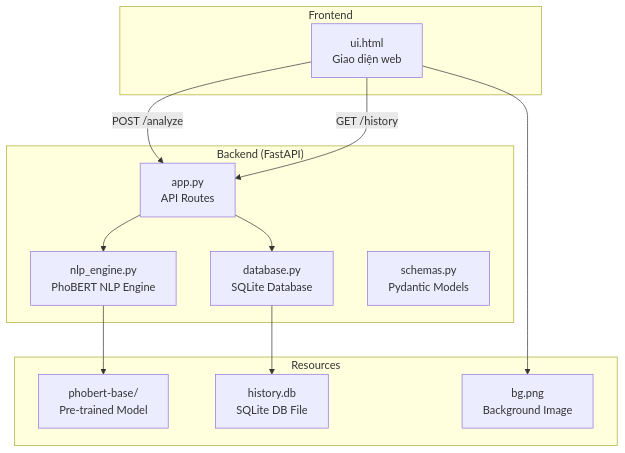
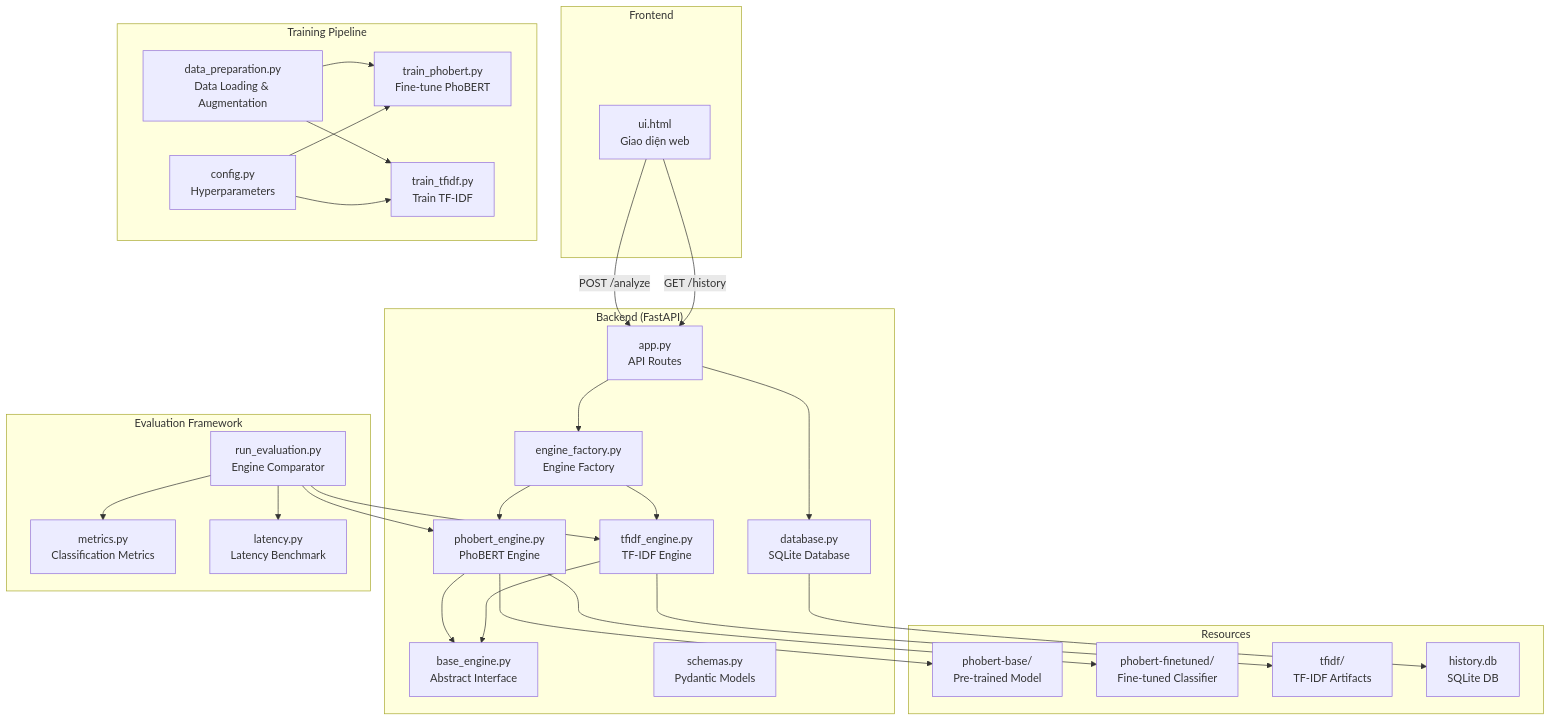
One commit to quynb5/NLP_Equipment_Fault_Analysis_System changed the first of 4 diagrams in PROJECT_OVERVIEW.md. Above: the diagram before and after it, drawn with Mermaid. The commit also changed other lines of this file and 13 other files, not shown here.

Commit message:
update finetuning phobert and benchmark

````diff
--- a/PROJECT_OVERVIEW.md
+++ b/PROJECT_OVERVIEW.md
@@ -11,27 +15,57 @@
 ```mermaid
 graph TB
     subgraph Frontend
         UI["ui.html<br/>Giao diện web"]
     end
 
     subgraph Backend["Backend (FastAPI)"]
         APP["app.py<br/>API Routes"]
-        NLP["nlp_engine.py<br/>PhoBERT NLP Engine"]
+        FACTORY["engine_factory.py<br/>Engine Factory"]
+        BASE["base_engine.py<br/>Abstract Interface"]
+        PHOBERT["phobert_engine.py<br/>PhoBERT Engine"]
+        TFIDF["tfidf_engine.py<br/>TF-IDF Engine"]
         DB["database.py<br/>SQLite Database"]
         SCH["schemas.py<br/>Pydantic Models"]
     end
 
+    subgraph Training["Training Pipeline"]
+        PREP["data_preparation.py<br/>Data Loading & Augmentation"]
+        TRAIN_P["train_phobert.py<br/>Fine-tune PhoBERT"]
+        TRAIN_T["train_tfidf.py<br/>Train TF-IDF"]
+        CFG["config.py<br/>Hyperparameters"]
+    end
+
+    subgraph Evaluation["Evaluation Framework"]
+        EVAL["run_evaluation.py<br/>Engine Comparator"]
+        METRICS["metrics.py<br/>Classification Metrics"]
+        LATENCY["latency.py<br/>Latency Benchmark"]
+    end
+
     subgraph Resources
-        MODEL["phobert-base/<br/>Pre-trained Model"]
-        DBFILE["history.db<br/>SQLite DB File"]
-        BG["bg.png<br/>Background Image"]
+        MODEL_BASE["phobert-base/<br/>Pre-trained Model"]
+        MODEL_FT["phobert-finetuned/<br/>Fine-tuned Classifier"]
+        MODEL_TFIDF["tfidf/<br/>TF-IDF Artifacts"]
+        DBFILE["history.db<br/>SQLite DB"]
     end
 
     UI -->|"POST /analyze"| APP
     UI -->|"GET /history"| APP
-    APP --> NLP
+    APP --> FACTORY
+    FACTORY --> PHOBERT
+    FACTORY --> TFIDF
+    PHOBERT --> BASE
+    TFIDF --> BASE
+    PHOBERT --> MODEL_BASE
+    PHOBERT --> MODEL_FT
+    TFIDF --> MODEL_TFIDF
     APP --> DB
-    NLP --> MODEL
     DB --> DBFILE
-    UI --> BG
+    PREP --> TRAIN_P
+    PREP --> TRAIN_T
+    CFG --> TRAIN_P
+    CFG --> TRAIN_T
+    EVAL --> PHOBERT
+    EVAL --> TFIDF
+    EVAL --> METRICS
+    EVAL --> LATENCY
 ```
````
